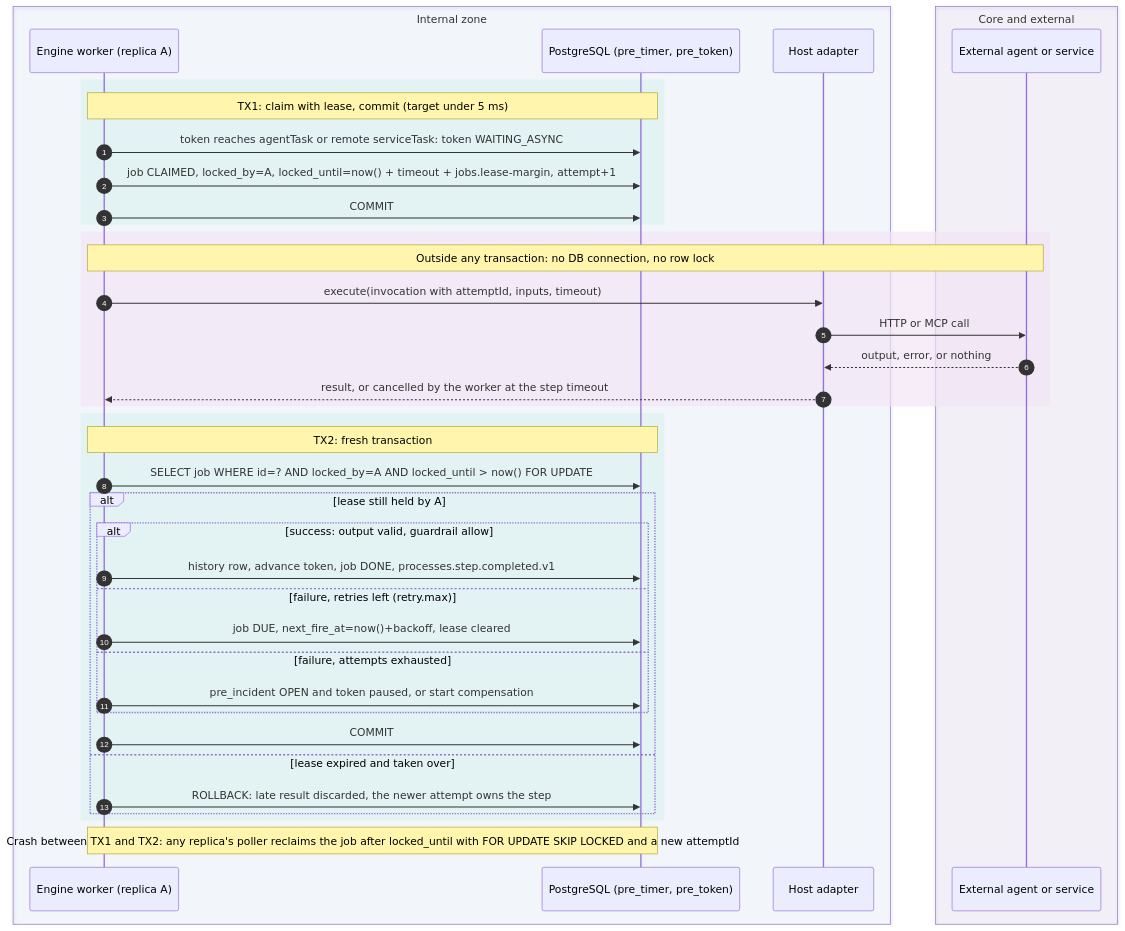
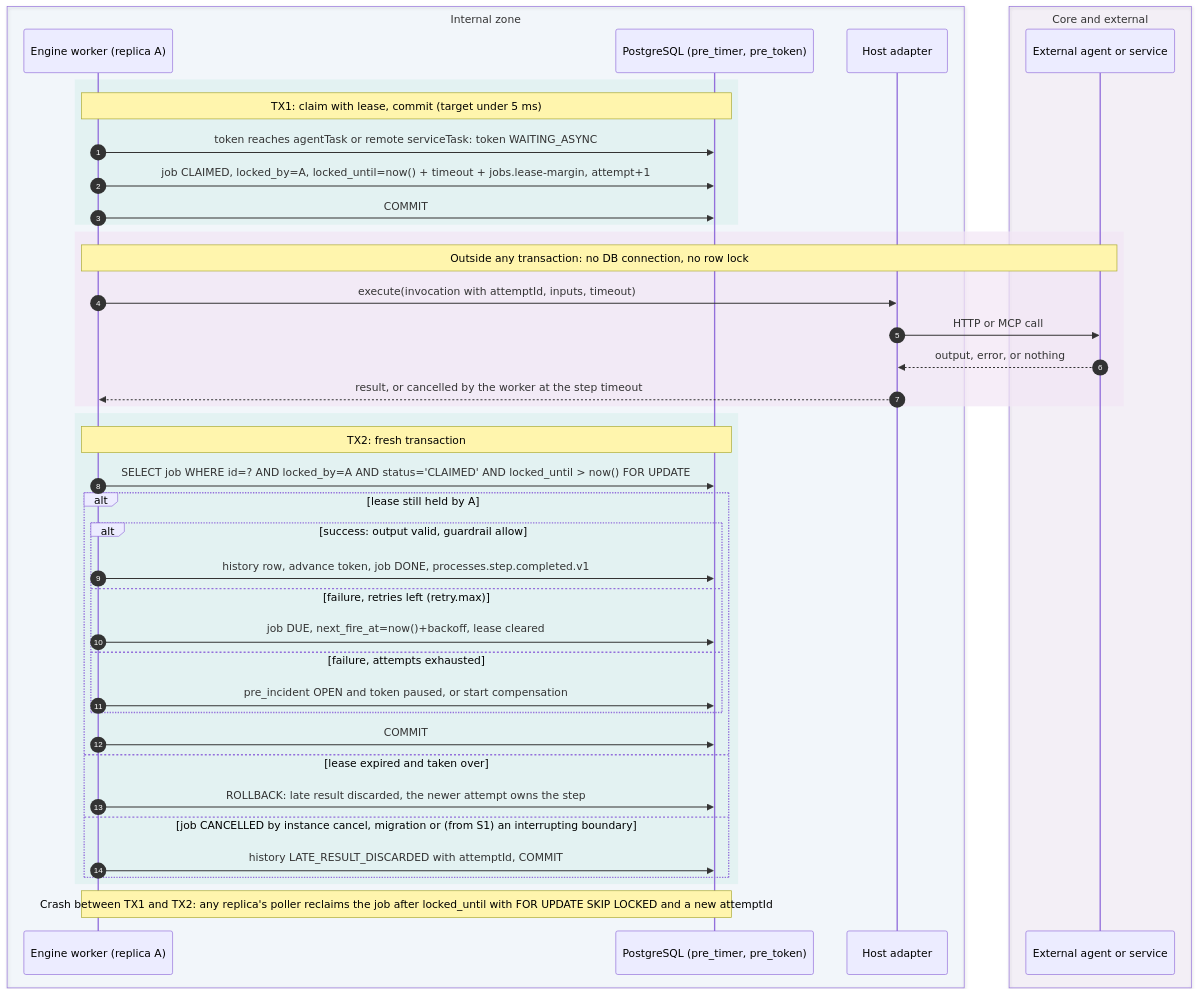
Before and after one commit to dhluong90/horus-Agentic-BPM: the diagram in docs/architecture/diagrams/async-wait-state.mmd, drawn with Mermaid. The commit also changed 42 other files, not shown here.

First line of the commit message:
docs: architecture for full BPMN 2.0 and DMN support, no CMMN

```diff
--- a/docs/architecture/diagrams/async-wait-state.mmd
+++ b/docs/architecture/diagrams/async-wait-state.mmd
@@ -1,41 +1,43 @@
 sequenceDiagram
   autonumber
   box rgba(21,101,192,0.04) Internal zone
     participant W as Engine worker (replica A)
     participant DB as PostgreSQL (pre_timer, pre_token)
     participant AD as Host adapter
   end
   box rgba(106,27,154,0.05) Core and external
     participant X as External agent or service
   end
 
   rect rgba(224,242,241,0.8)
     Note over W,DB: TX1: claim with lease, commit (target under 5 ms)
     W->>DB: token reaches agentTask or remote serviceTask: token WAITING_ASYNC
     W->>DB: job CLAIMED, locked_by=A, locked_until=now() + timeout + jobs.lease-margin, attempt+1
     W->>DB: COMMIT
   end
   rect rgba(243,229,245,0.7)
     Note over W,X: Outside any transaction: no DB connection, no row lock
     W->>AD: execute(invocation with attemptId, inputs, timeout)
     AD->>X: HTTP or MCP call
     X-->>AD: output, error, or nothing
     AD-->>W: result, or cancelled by the worker at the step timeout
   end
   rect rgba(224,242,241,0.8)
     Note over W,DB: TX2: fresh transaction
-    W->>DB: SELECT job WHERE id=? AND locked_by=A AND locked_until > now() FOR UPDATE
+    W->>DB: SELECT job WHERE id=? AND locked_by=A AND status='CLAIMED' AND locked_until > now() FOR UPDATE
     alt lease still held by A
       alt success: output valid, guardrail allow
         W->>DB: history row, advance token, job DONE, processes.step.completed.v1
       else failure, retries left (retry.max)
         W->>DB: job DUE, next_fire_at=now()+backoff, lease cleared
       else failure, attempts exhausted
         W->>DB: pre_incident OPEN and token paused, or start compensation
       end
       W->>DB: COMMIT
     else lease expired and taken over
       W->>DB: ROLLBACK: late result discarded, the newer attempt owns the step
+    else job CANCELLED by instance cancel, migration or (from S1) an interrupting boundary
+      W->>DB: history LATE_RESULT_DISCARDED with attemptId, COMMIT
     end
   end
   Note over W,DB: Crash between TX1 and TX2: any replica's poller reclaims the job after locked_until with FOR UPDATE SKIP LOCKED and a new attemptId
```
